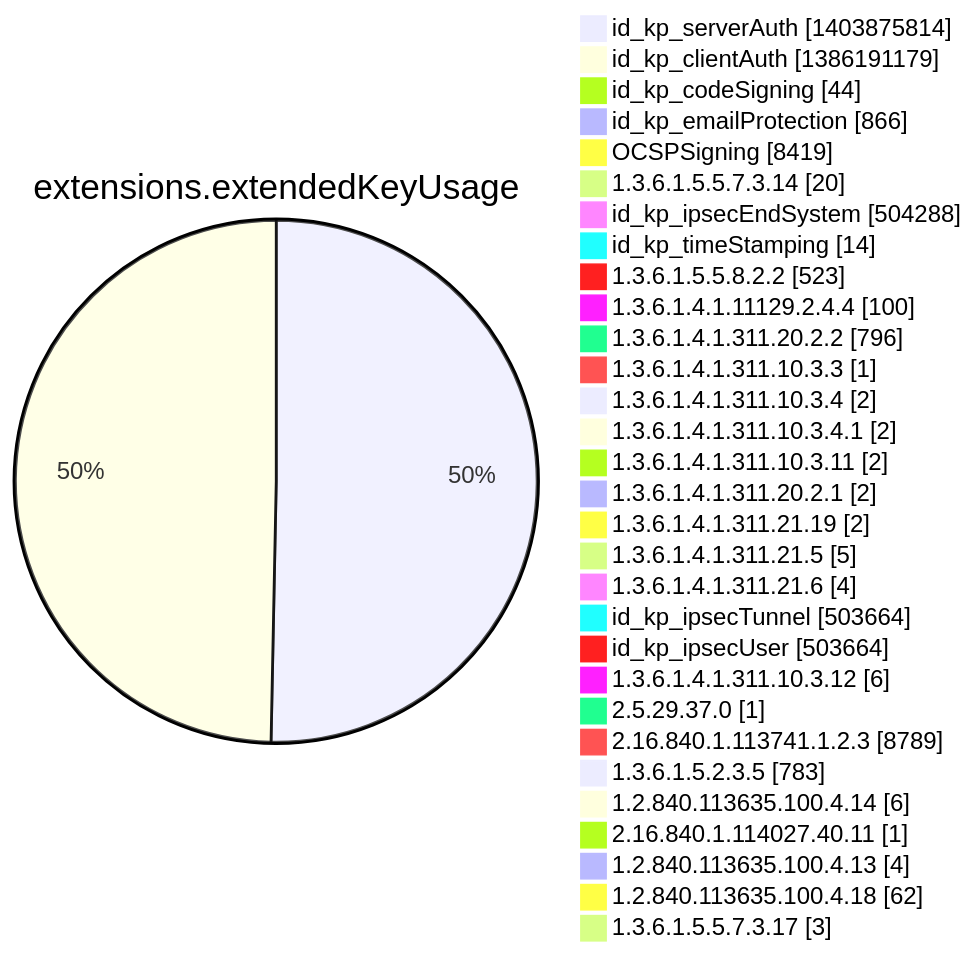
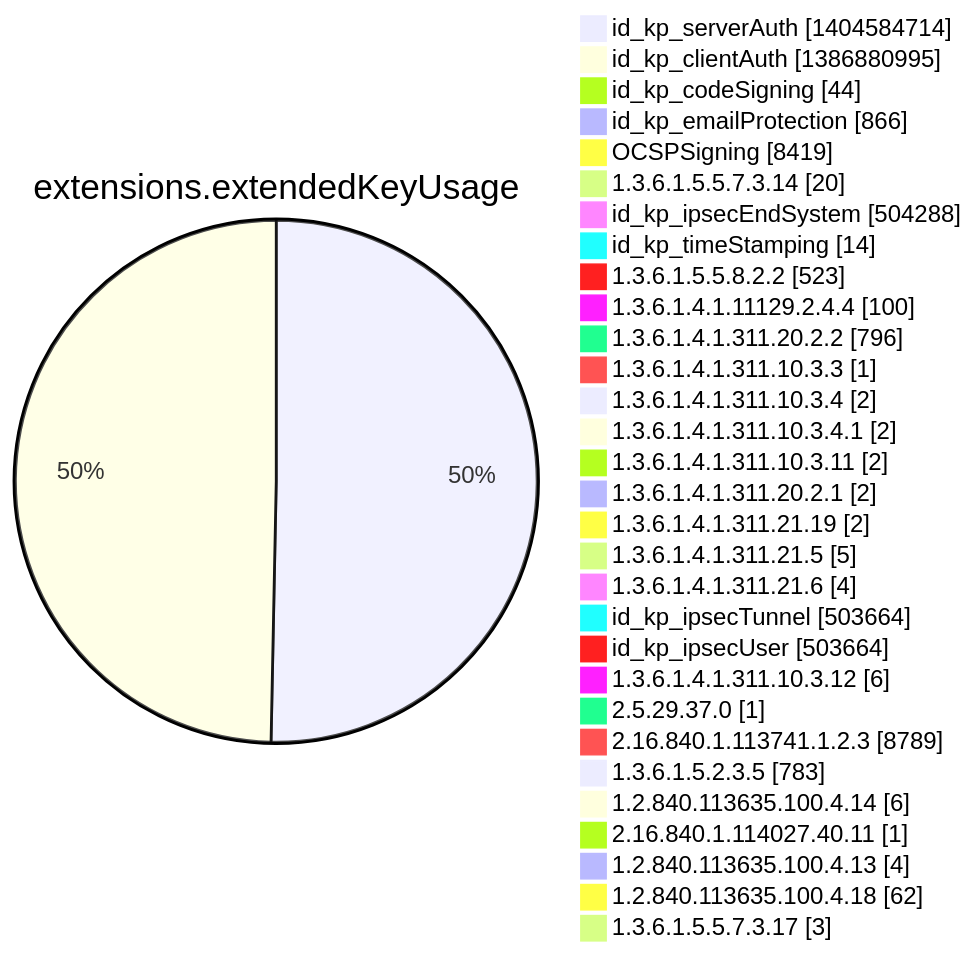
One commit to christiankrug/ctmonitor_visualization changed diagram 12 of 15 in argon2022/README.md. Above: the diagram before and after it, drawn with Mermaid. The commit also changed other lines of this file, not shown here.

````diff
--- a/argon2022/README.md
+++ b/argon2022/README.md
@@ -3554,34 +3554,34 @@
 ```mermaid
 pie showData
 title extensions.extendedKeyUsage
-"id_kp_serverAuth" :1403875814
-"id_kp_clientAuth" :1386191179
+"id_kp_serverAuth" :1404584714
+"id_kp_clientAuth" :1386880995
 "id_kp_codeSigning" :44
 "id_kp_emailProtection" :866
 "OCSPSigning" :8419
 "1.3.6.1.5.5.7.3.14" :20
 "id_kp_ipsecEndSystem" :504288
 "id_kp_timeStamping" :14
 "1.3.6.1.5.5.8.2.2" :523
 "1.3.6.1.4.1.11129.2.4.4" :100
 "1.3.6.1.4.1.311.20.2.2" :796
 "1.3.6.1.4.1.311.10.3.3" :1
 "1.3.6.1.4.1.311.10.3.4" :2
 "1.3.6.1.4.1.311.10.3.4.1" :2
 "1.3.6.1.4.1.311.10.3.11" :2
 "1.3.6.1.4.1.311.20.2.1" :2
 "1.3.6.1.4.1.311.21.19" :2
 "1.3.6.1.4.1.311.21.5" :5
 "1.3.6.1.4.1.311.21.6" :4
 "id_kp_ipsecTunnel" :503664
 "id_kp_ipsecUser" :503664
 "1.3.6.1.4.1.311.10.3.12" :6
 "2.5.29.37.0" :1
 "2.16.840.1.113741.1.2.3" :8789
 "1.3.6.1.5.2.3.5" :783
 "1.2.840.113635.100.4.14" :6
 "2.16.840.1.114027.40.11" :1
 "1.2.840.113635.100.4.13" :4
 "1.2.840.113635.100.4.18" :62
 "1.3.6.1.5.5.7.3.17" :3
 ```
````
